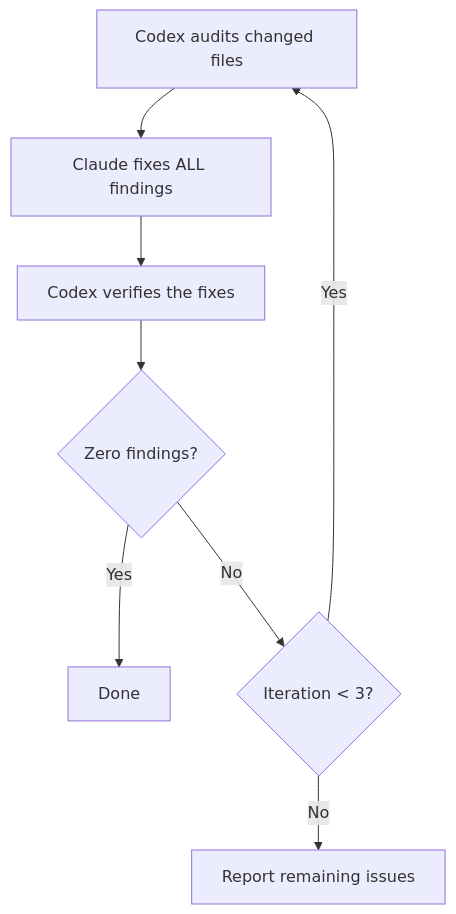
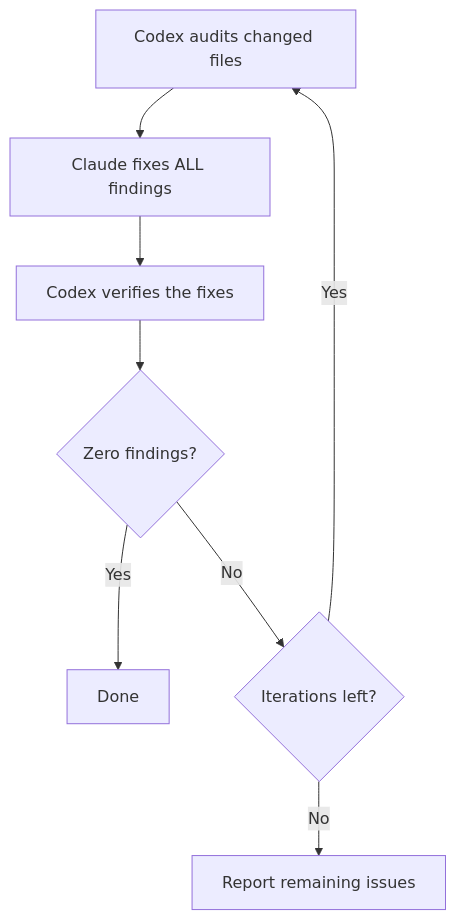
The diagram in website/guide/users-as-developers/cross-model-verification.md (xiaolai/vmark), drawn with Mermaid before and after one commit. The commit also changed 3 other files, not shown here.

First line of the commit message:
style: center images/tables/mermaid and fix diagram rendering

````diff
--- a/website/guide/users-as-developers/cross-model-verification.md
+++ b/website/guide/users-as-developers/cross-model-verification.md
@@ -139,10 +139,10 @@
 ```mermaid
 flowchart TD
     A["Codex audits changed files"] --> B["Claude fixes ALL findings"]
     B --> C["Codex verifies the fixes"]
     C --> D{"Zero findings?"}
     D -- Yes --> E["Done"]
-    D -- No --> F{"Iteration < 3?"}
+    D -- No --> F{"Iterations left?"}
     F -- Yes --> A
     F -- No --> G["Report remaining issues"]
 ```
````
